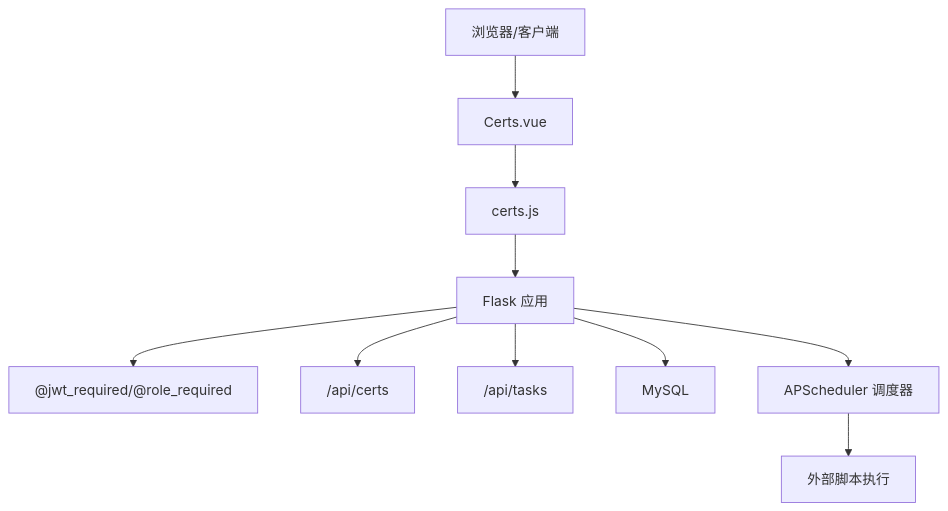
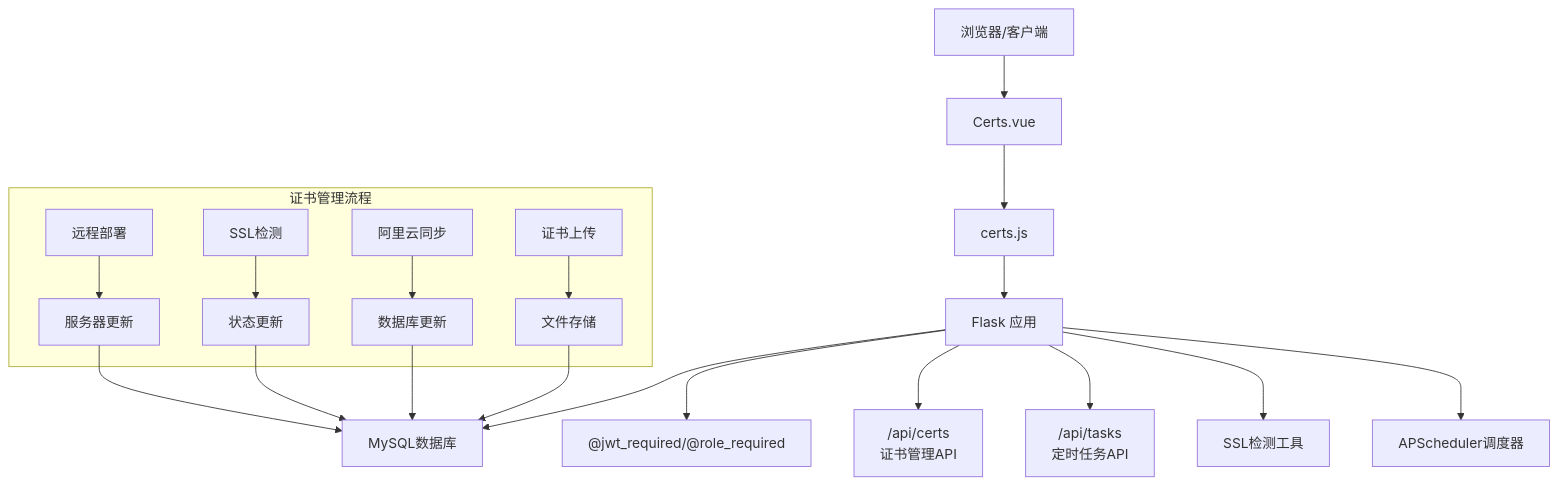
One commit to ismine3/OPS changed the second of 12 diagrams in .qoder/repowiki/zh/content/核心功能模块/证书管理模块.md. Above: the diagram before and after it, drawn with Mermaid. The commit also changed other lines of this file and 8 other files, not shown here.

````diff
--- a/.qoder/repowiki/zh/content/核心功能模块/证书管理模块.md
+++ b/.qoder/repowiki/zh/content/核心功能模块/证书管理模块.md
@@ -109,12 +120,22 @@
 ```mermaid
 graph TB
 Client["浏览器/客户端"] --> Vue["Certs.vue"]
 Vue --> Axios["certs.js"]
 Axios --> Flask["Flask 应用"]
 Flask --> Auth["@jwt_required/@role_required"]
-Flask --> CertsAPI["/api/certs"]
-Flask --> TasksAPI["/api/tasks"]
-Flask --> DB["MySQL"]
-Flask --> Scheduler["APScheduler 调度器"]
-Scheduler --> Script["外部脚本执行"]
+Flask --> CertsAPI["/api/certs<br/>证书管理API"]
+Flask --> TasksAPI["/api/tasks<br/>定时任务API"]
+Flask --> SSLUtils["SSL检测工具"]
+Flask --> DB["MySQL数据库"]
+Flask --> Scheduler["APScheduler调度器"]
+subgraph "证书管理流程"
+CertUpload["证书上传"] --> CertStore["文件存储"]
+CertSync["阿里云同步"] --> CertDB["数据库更新"]
+CertCheck["SSL检测"] --> StatusUpdate["状态更新"]
+CertDeploy["远程部署"] --> ServerUpdate["服务器更新"]
+end
+CertStore --> DB
+CertDB --> DB
+StatusUpdate --> DB
+ServerUpdate --> DB
 ```
````
